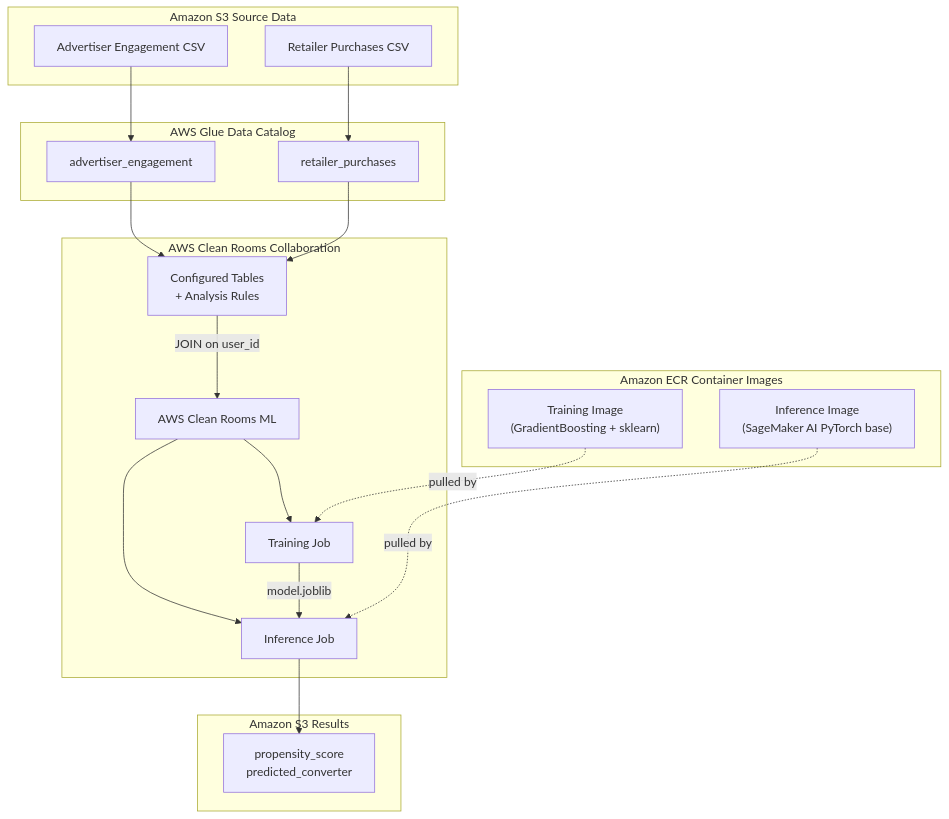
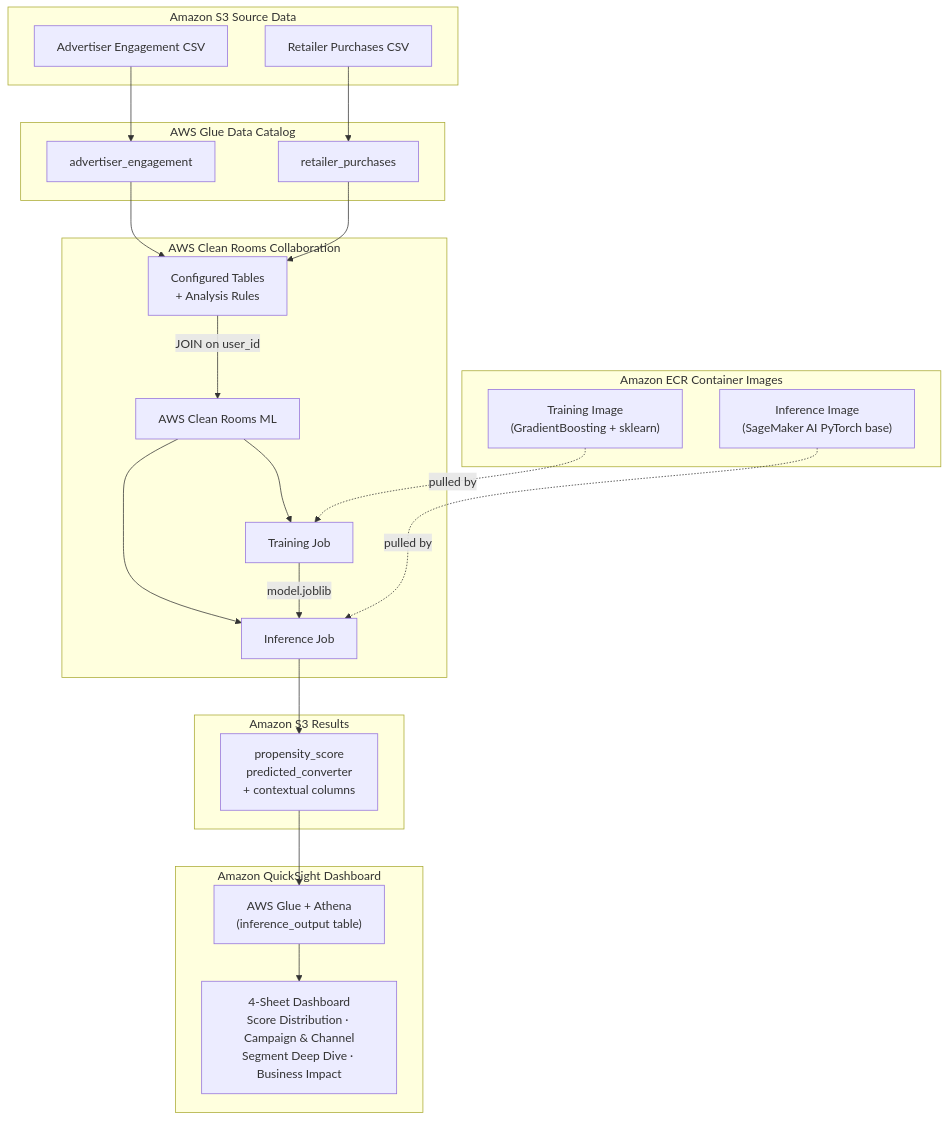
One commit to aws-samples/sample-AWSCleanRoomsCustomMLModel changed the diagram in README.md. Above: the diagram before and after it, drawn with Mermaid. The commit also changed other lines of this file, not shown here.

Commit message:
Add QuickSight to architecture diagram and Step 6 in README

````diff
--- a/README.md
+++ b/README.md
@@ -221,41 +241,48 @@
 ```mermaid
 flowchart TB
     subgraph S3_Source["Amazon S3  Source Data"]
         A["Advertiser Engagement CSV"]
         B["Retailer Purchases CSV"]
     end
 
     subgraph Glue["AWS Glue Data Catalog"]
         GA["advertiser_engagement"]
         GB["retailer_purchases"]
     end
 
     subgraph ECR["Amazon ECR  Container Images"]
         TI["Training Image\n(GradientBoosting + sklearn)"]
         II["Inference Image\n(SageMaker AI PyTorch base)"]
     end
 
     subgraph CR["AWS Clean Rooms  Collaboration"]
         CT["Configured Tables\n+ Analysis Rules"]
         CRML["AWS Clean Rooms ML"]
         TJ["Training Job"]
         IJ["Inference Job"]
 
         CT -->|"JOIN on user_id"| CRML
         CRML --> TJ
         CRML --> IJ
         TJ -->|"model.joblib"| IJ
     end
 
     subgraph S3_Output["Amazon S3  Results"]
-        OUT["propensity_score\npredicted_converter"]
+        OUT["propensity_score\npredicted_converter\n+ contextual columns"]
+    end
+
+    subgraph Dashboard["Amazon QuickSight  Dashboard"]
+        ATH["AWS Glue + Athena\n(inference_output table)"]
+        QS["4-Sheet Dashboard\nScore Distribution · Campaign & Channel\nSegment Deep Dive · Business Impact"]
+        ATH --> QS
     end
 
     A --> GA
     B --> GB
     GA --> CT
     GB --> CT
     TI -.->|"pulled by"| TJ
     II -.->|"pulled by"| IJ
     IJ --> OUT
+    OUT --> ATH
 ```
````
